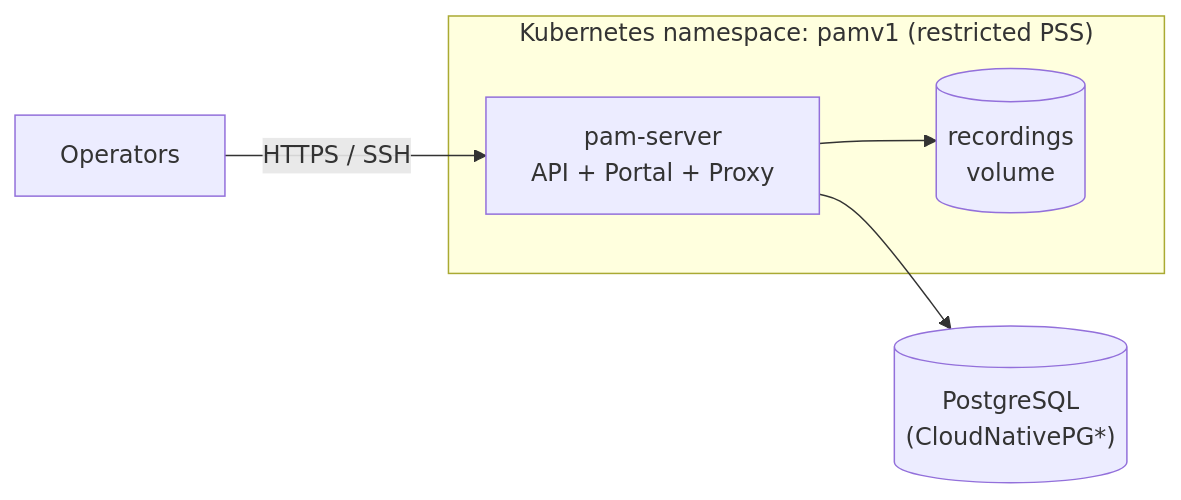
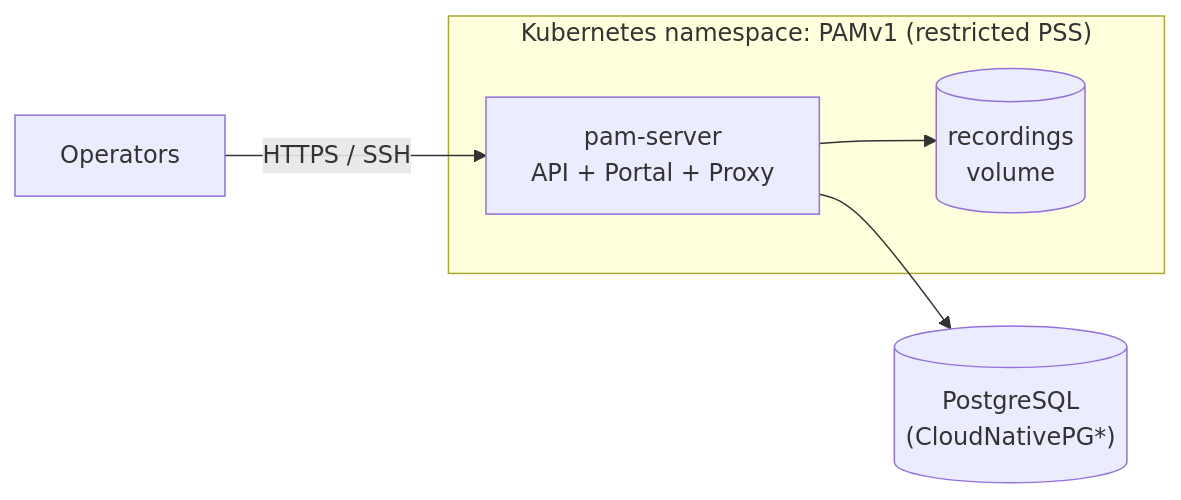
One commit to morandeirachema/PAMv1 changed the fourth of 4 diagrams in docs/ARCHITECTURE-HIGH-LEVEL.md. Above: the diagram before and after it, drawn with Mermaid. The commit also changed other lines of this file and 164 other files, not shown here.

````diff
--- a/docs/ARCHITECTURE-HIGH-LEVEL.md
+++ b/docs/ARCHITECTURE-HIGH-LEVEL.md
@@ -181,11 +181,11 @@
 ```mermaid
 flowchart LR
-    subgraph K8S["Kubernetes namespace: pamv1 (restricted PSS)"]
+    subgraph K8S["Kubernetes namespace: PAMv1 (restricted PSS)"]
         POD["  pam-server  <br/>  API + Portal + Proxy  "]
         REC[("  recordings  <br/>  volume  ")]
     end
     PG[("  PostgreSQL  <br/>  (CloudNativePG*)  ")]
     POD --> PG
     POD --> REC
     OP["  Operators  "] -->|"HTTPS / SSH"| POD
 ```
````
